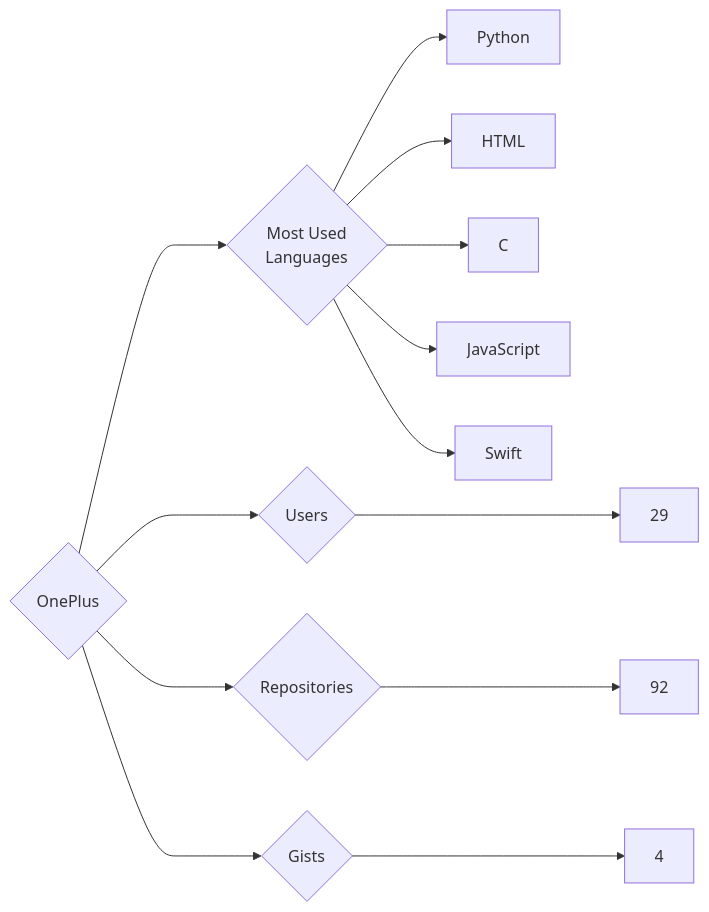
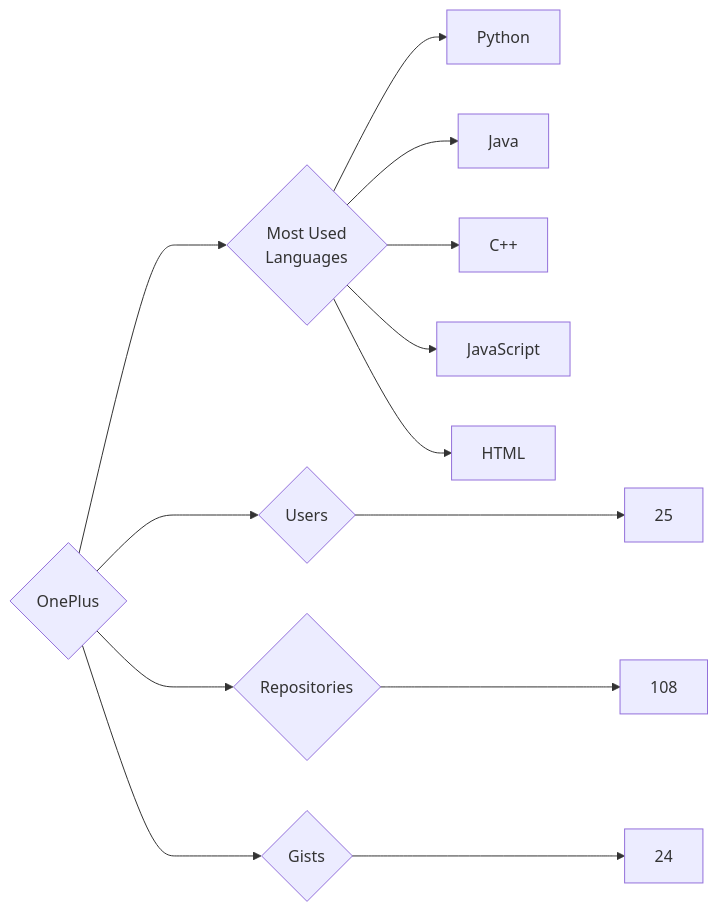
One commit to trickest/insiders changed the diagram in targets/OnePlus/README.md. Above: the diagram before and after it, drawn with Mermaid. The commit also changed 912 other files, not shown here.

````diff
--- a/targets/OnePlus/README.md
+++ b/targets/OnePlus/README.md
@@ -3,13 +3,13 @@
 ```mermaid
 graph LR
 COMPANY_NAME{OnePlus}
-COMPANY_NAME ---> U{Users} ---> UN[29]
-COMPANY_NAME ---> R{Repositories} ---> RN[92]
-COMPANY_NAME ---> G{Gists} ---> GN[4]
+COMPANY_NAME ---> U{Users} ---> UN[25]
+COMPANY_NAME ---> R{Repositories} ---> RN[108]
+COMPANY_NAME ---> G{Gists} ---> GN[24]
 COMPANY_NAME ---> ML{Most Used<br>Languages}
 ML --> Python[Python]
+ML --> Java[Java]
+ML --> C++[C++]
+ML --> JavaScript[JavaScript]
 ML --> HTML[HTML]
-ML --> C[C]
-ML --> JavaScript[JavaScript]
-ML --> Swift[Swift]
 ```
````
